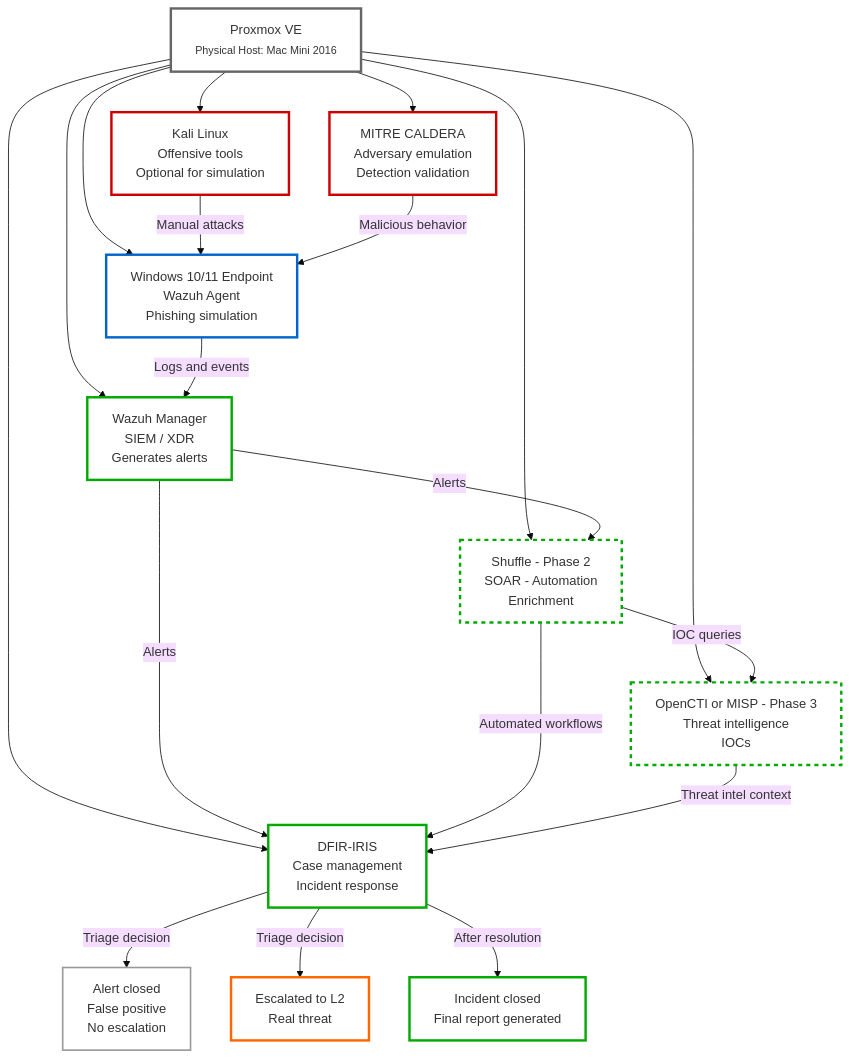
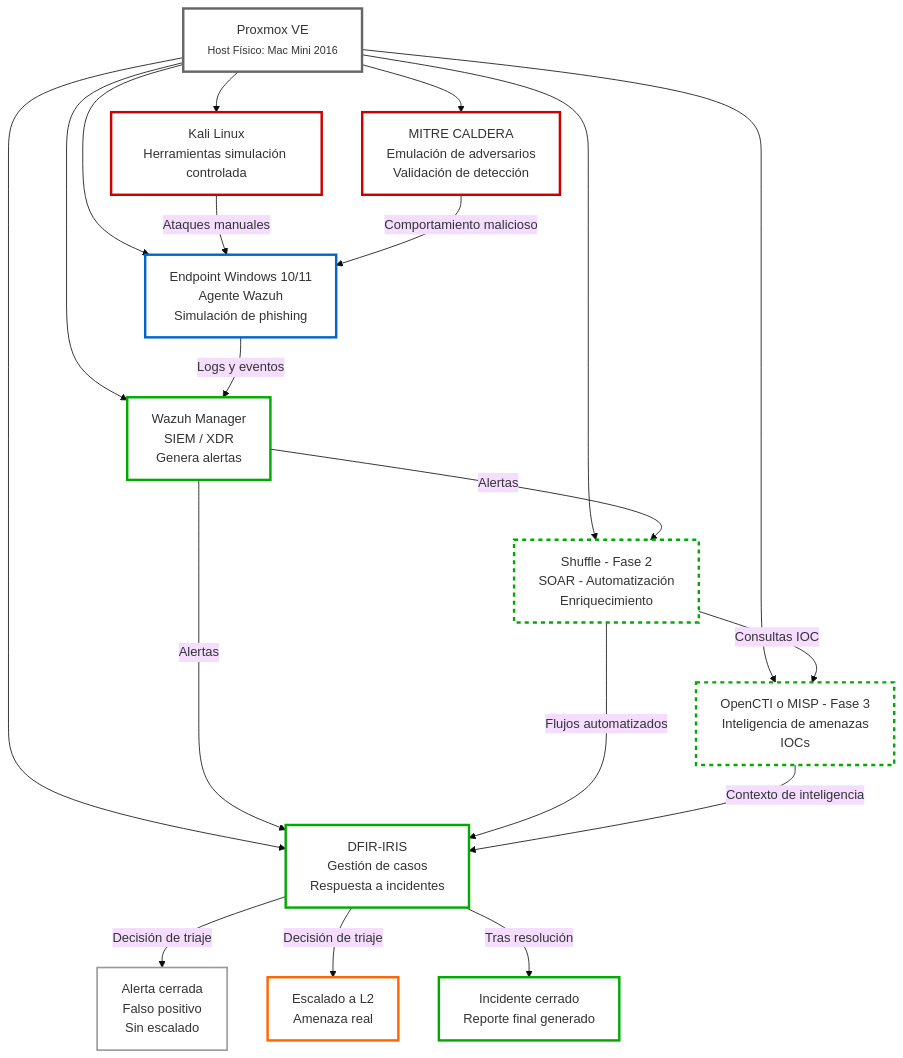
Before and after one commit to moabdib2000/hybrid-soc-lab: the first of 2 diagrams in README.md, drawn with Mermaid (base theme). The commit also changed other lines of this file, not shown here.

````diff
--- a/README.md
+++ b/README.md
@@ -17,50 +38,50 @@
 ```mermaid
 graph TD
-    P[Proxmox VE<br/><small>Physical Host: Mac Mini 2016</small>]
+    P[Proxmox VE<br/><small>Host Físico: Mac Mini 2016</small>]
 
-    W["Windows 10/11 Endpoint<br>Wazuh Agent<br>Phishing simulation"]
-    K["Kali Linux<br>Offensive tools<br>Optional for simulation"]
-    C["MITRE CALDERA<br>Adversary emulation<br>Detection validation"]
-    WAZ["Wazuh Manager<br>SIEM / XDR<br>Generates alerts"]
-    IRIS["DFIR-IRIS<br>Case management<br>Incident response"]
-    SH["Shuffle - Phase 2<br>SOAR - Automation<br>Enrichment"]
-    TI["OpenCTI or MISP - Phase 3<br>Threat intelligence<br>IOCs"]
+    W["Endpoint Windows 10/11<br>Agente Wazuh<br>Simulación de phishing"]
+    K["Kali Linux<br>Herramientas simulación controlada<br>"]
+    C["MITRE CALDERA<br>Emulación de adversarios<br>Validación de detección"]
+    WAZ["Wazuh Manager<br>SIEM / XDR<br>Genera alertas"]
+    IRIS["DFIR-IRIS<br>Gestión de casos<br>Respuesta a incidentes"]
+    SH["Shuffle - Fase 2<br>SOAR - Automatización<br>Enriquecimiento"]
+    TI["OpenCTI o MISP - Fase 3<br>Inteligencia de amenazas<br>IOCs"]
 
-    CLOSED["Alert closed<br>False positive<br>No escalation"]
-    ESCALATED["Escalated to L2<br>Real threat"]
-    REPORT["Incident closed<br>Final report generated"]
+    CLOSED["Alerta cerrada<br>Falso positivo<br>Sin escalado"]
+    ESCALATED["Escalado a L2<br>Amenaza real"]
+    REPORT["Incidente cerrado<br>Reporte final generado"]
 
     P --> W
     P --> K
     P --> C
     P --> WAZ
     P --> IRIS
     P --> SH
     P --> TI
 
-    W -->|Logs and events| WAZ
-    K -->|Manual attacks| W
-    C -->|Malicious behavior| W
-    WAZ -->|Alerts| IRIS
-    WAZ -->|Alerts| SH
-    SH -->|Automated workflows| IRIS
-    SH -->|IOC queries| TI
-    TI -->|Threat intel context| IRIS
+    W -->|Logs y eventos| WAZ
+    K -->|Ataques manuales| W
+    C -->|Comportamiento malicioso| W
+    WAZ -->|Alertas| IRIS
+    WAZ -->|Alertas| SH
+    SH -->|Flujos automatizados| IRIS
+    SH -->|Consultas IOC| TI
+    TI -->|Contexto de inteligencia| IRIS
 
-    IRIS -->|Triage decision| CLOSED
-    IRIS -->|Triage decision| ESCALATED
-    IRIS -->|After resolution| REPORT
+    IRIS -->|Decisión de triaje| CLOSED
+    IRIS -->|Decisión de triaje| ESCALATED
+    IRIS -->|Tras resolución| REPORT
 
     style P stroke:#666,stroke-width:3px,fill:none
     style W stroke:#0066cc,stroke-width:3px,fill:none
     style K stroke:#cc0000,stroke-width:3px,fill:none
     style C stroke:#cc0000,stroke-width:3px,fill:none
     style WAZ stroke:#00aa00,stroke-width:3px,fill:none
     style IRIS stroke:#00aa00,stroke-width:3px,fill:none
     style SH stroke:#00aa00,stroke-width:3px,stroke-dasharray: 5 5,fill:none
     style TI stroke:#00aa00,stroke-width:3px,stroke-dasharray: 5 5,fill:none
     style CLOSED stroke:#999,stroke-width:2px,fill:none
     style ESCALATED stroke:#ff6600,stroke-width:3px,fill:none
     style REPORT stroke:#00aa00,stroke-width:3px,fill:none
 
 ```
````
